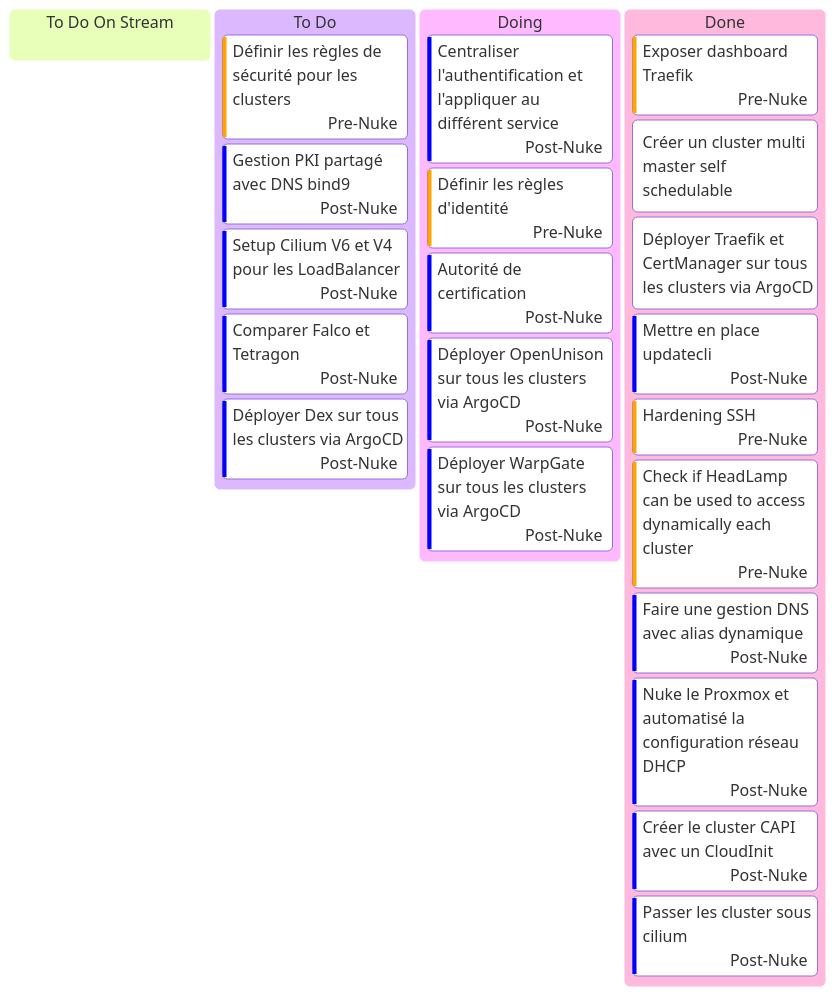
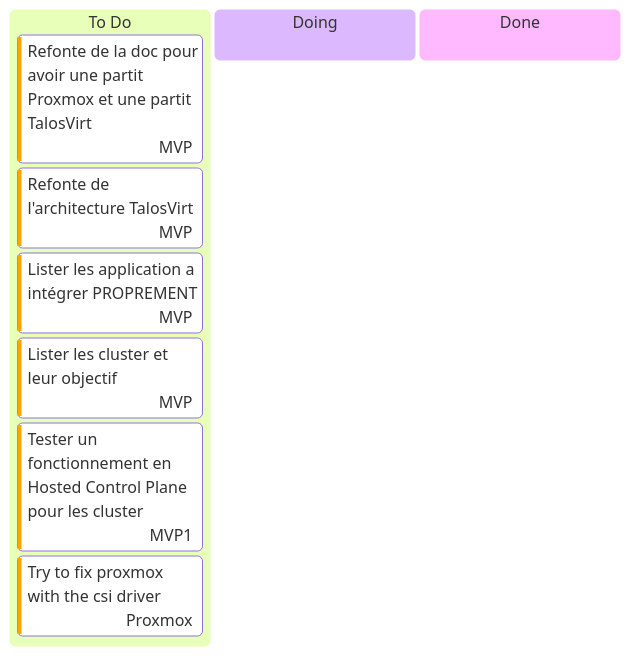
Before and after one commit to batleforc/weebo-si: the diagram in 0.docs/0.introduction/kanban.md, drawn with Mermaid. The commit also changed other lines of this file and 1 other file, not shown here.

````diff
--- a/0.docs/0.introduction/kanban.md
+++ b/0.docs/0.introduction/kanban.md
@@ -3,33 +3,18 @@
 ```mermaid
 ---
 config:
   kanban:
     ticketBaseUrl: 'https://github.com/batleforc/weebo-si/issue/#TICKET#'
 ---
 
 kanban
-  todoS[To Do On Stream]
   todo[To Do]
-    us3[Définir les règles de sécurité pour les clusters]@{ assigned: Pre-Nuke, priority: 'High'}
-    us7[Gestion PKI partagé avec DNS bind9]@{ assigned: Post-Nuke, priority: 'Low'}
-    use10[Setup Cilium V6 et V4 pour les LoadBalancer]@{ assigned: Post-Nuke, priority: 'Low'}
-    us11[Comparer Falco et Tetragon]@{ assigned: Post-Nuke, priority: 'Low'}
-    us14[Déployer Dex sur tous les clusters via ArgoCD]@{ assigned: Post-Nuke, priority: 'Low'}
+    us1[Refonte de la doc pour avoir une partit Proxmox et une partit TalosVirt]@{ assigned: MVP, priority: 'High'}
+    us2[Refonte de l'architecture TalosVirt]@{ assigned: MVP, priority: 'High'}
+    us3[Lister les application a intégrer PROPREMENT]@{ assigned: MVP, priority: 'High'}
+    us4[Lister les cluster et leur objectif]@{ assigned: MVP, priority: 'High'}
+    us5[Tester un fonctionnement en Hosted Control Plane pour les cluster]@{ assigned: MVP1, priority: 'High'}
+    us6[Try to fix proxmox with the csi driver]@{ assigned: Proxmox, priority: 'High'}
   doing[Doing]
-    use12[Centraliser l'authentification et l'appliquer au différent service]@{ assigned: Post-Nuke, priority: 'Low'}
-    us8[Définir les règles d'identité]@{ assigned: Pre-Nuke, priority: 'High'}
-    us16[Autorité de certification]@{ assigned: Post-Nuke, priority: 'Low'}
-    use17[Déployer OpenUnison sur tous les clusters via ArgoCD]@{ assigned: Post-Nuke, priority: 'Low'}
-    us18[Déployer WarpGate sur tous les clusters via ArgoCD]@{ assigned: Post-Nuke, priority: 'Low'}
   done[Done]
-    us7[Exposer dashboard Traefik]@{ assigned: Pre-Nuke, priority: 'High'}
-    us1[Créer un cluster multi master self schedulable]
-    us2[Déployer Traefik et CertManager sur tous les clusters via ArgoCD]
-    us9[Mettre en place updatecli]@{ assigned: Post-Nuke, priority: 'Low'}
-    us13[Hardening SSH]@{ assigned: Pre-Nuke, priority: 'High'}
-    use8[Check if HeadLamp can be used to access dynamically each cluster]@{ assigned: Pre-Nuke, priority: 'High'}
-    us15[Faire une gestion DNS avec alias dynamique]@{ assigned: Post-Nuke, priority: 'Low'}
-    us4[Nuke le Proxmox et automatisé la configuration réseau DHCP]@{ assigned: Post-Nuke, priority: 'Low'}
-    us5[Créer le cluster CAPI avec un CloudInit]@{ assigned: Post-Nuke, priority: 'Low'}
-    us6[Passer les cluster sous cilium]@{ assigned: Post-Nuke, priority: 'Low'}
 ```
````
